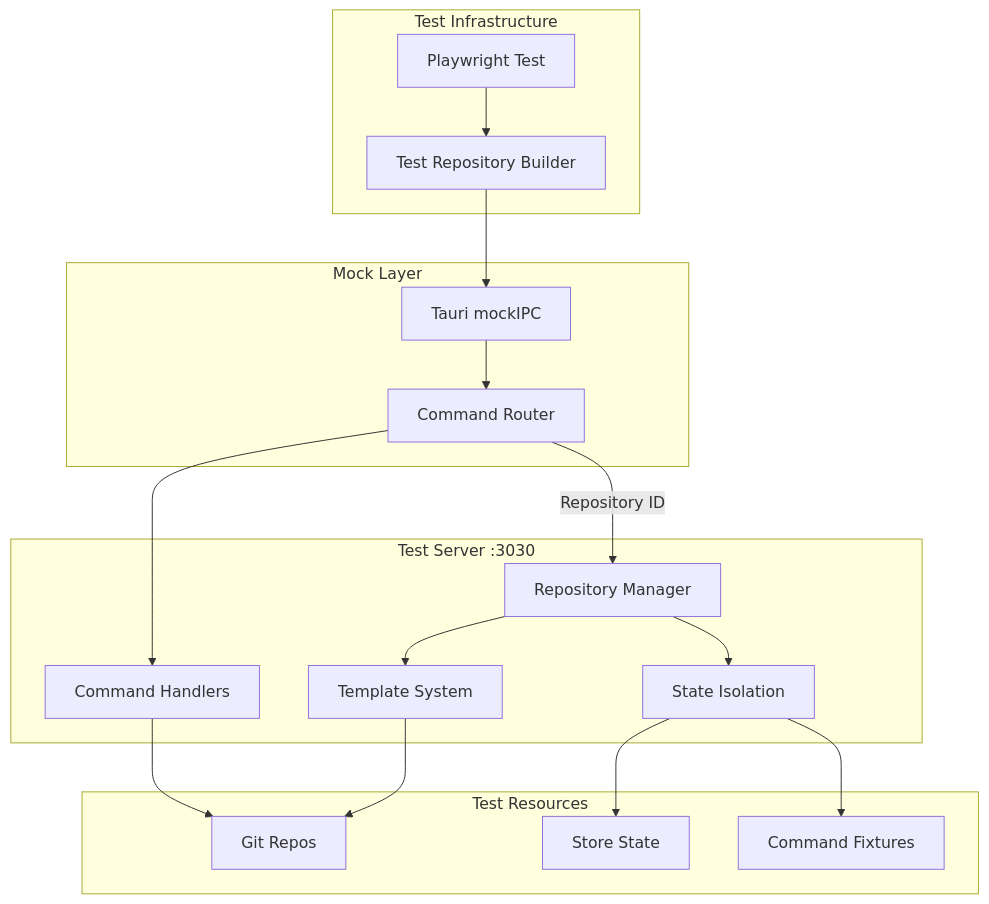
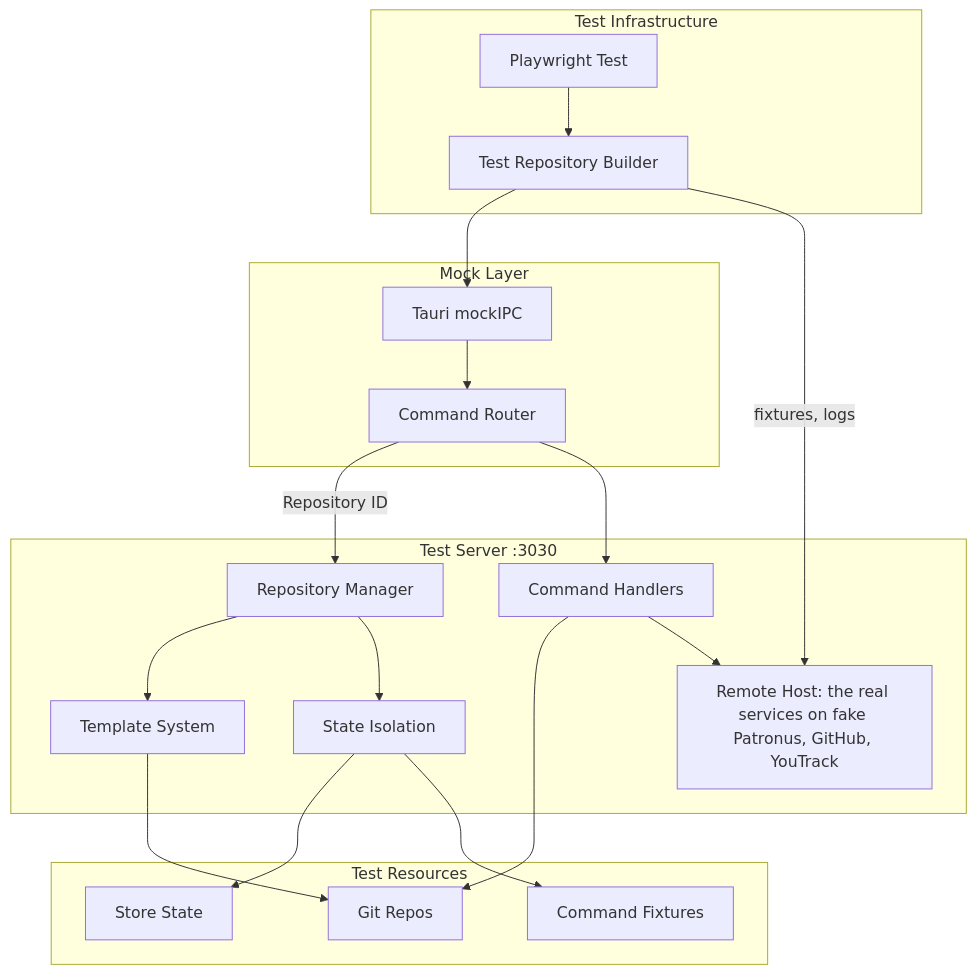
Before and after one commit to develar/branch-deck: the first of 2 diagrams in docs/design/e2e-testing.md, drawn with Mermaid. The commit also changed other lines of this file and 20 other files, not shown here.

````diff
--- a/docs/design/e2e-testing.md
+++ b/docs/design/e2e-testing.md
@@ -21,37 +21,40 @@
 ```mermaid
 flowchart TB
     subgraph "Test Infrastructure"
         A[Playwright Test]
         B[Test Repository Builder]
     end
     
     subgraph "Mock Layer"
         C[Tauri mockIPC]
         D[Command Router]
     end
     
     subgraph "Test Server :3030"
         E[Repository Manager]
         F[Template System]
         G[State Isolation]
         H[Command Handlers]
+        L[Remote Host: the real services on fake Patronus, GitHub, YouTrack]
     end
     
     subgraph "Test Resources"
         I[Git Repos]
         J[Store State]
         K[Command Fixtures]
     end
     
     A --> B
     B --> C
     C --> D
     D -->|Repository ID| E
     E --> F
     F --> I
     E --> G
     G --> J
     G --> K
     D --> H
     H --> I
+    H --> L
+    B -->|fixtures, logs| L
 ```
````
